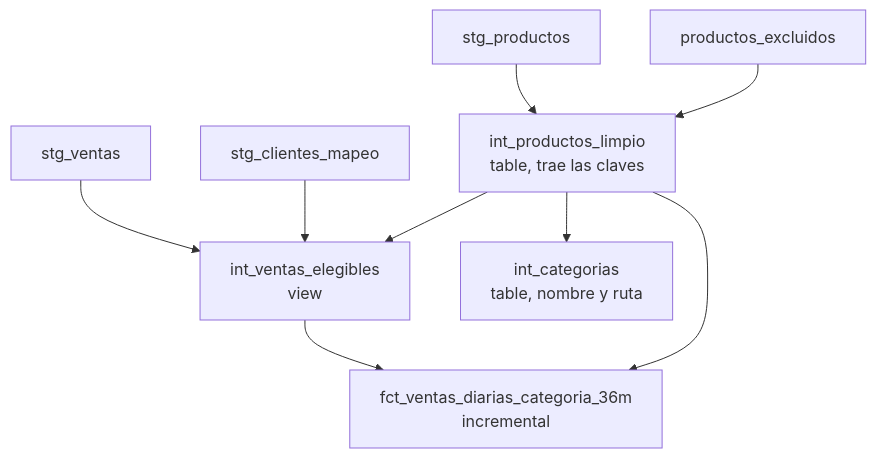
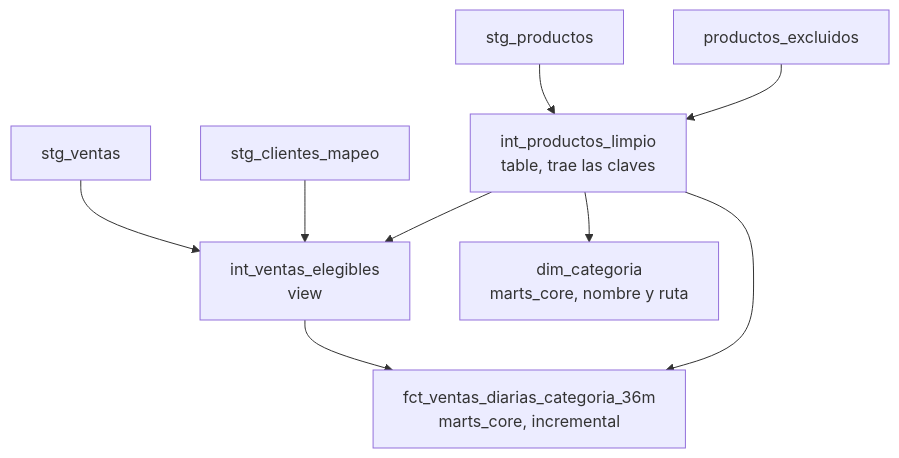
Before and after one commit to adrian-dato/dbt-ahorrazo: the fourth of 6 diagrams in ARQUITECTURA.md, drawn with Mermaid. The commit also changed other lines of this file and 11 other files, not shown here.

First line of the commit message:
Mueve la venta diaria por categoria y la dimension de categorias a marts_core

````diff
--- a/ARQUITECTURA.md
+++ b/ARQUITECTURA.md
@@ -255,11 +262,11 @@
 ```mermaid
 graph TD
     STG_VENTAS[stg_ventas] --> INT_ELEG[int_ventas_elegibles<br/>view]
     STG_MAPEO[stg_clientes_mapeo] --> INT_ELEG
     STG_PROD[stg_productos] --> INT_PROD[int_productos_limpio<br/>table, trae las claves]
     SEED_EXCL[productos_excluidos] --> INT_PROD
     INT_PROD --> INT_ELEG
-    INT_PROD --> INT_CAT[int_categorias<br/>table, nombre y ruta]
-    INT_ELEG --> FCT[fct_ventas_diarias_categoria_36m<br/>incremental]
+    INT_PROD --> CAT[dim_categoria<br/>marts_core, nombre y ruta]
+    INT_ELEG --> FCT[fct_ventas_diarias_categoria_36m<br/>marts_core, incremental]
     INT_PROD --> FCT
 ```
````
